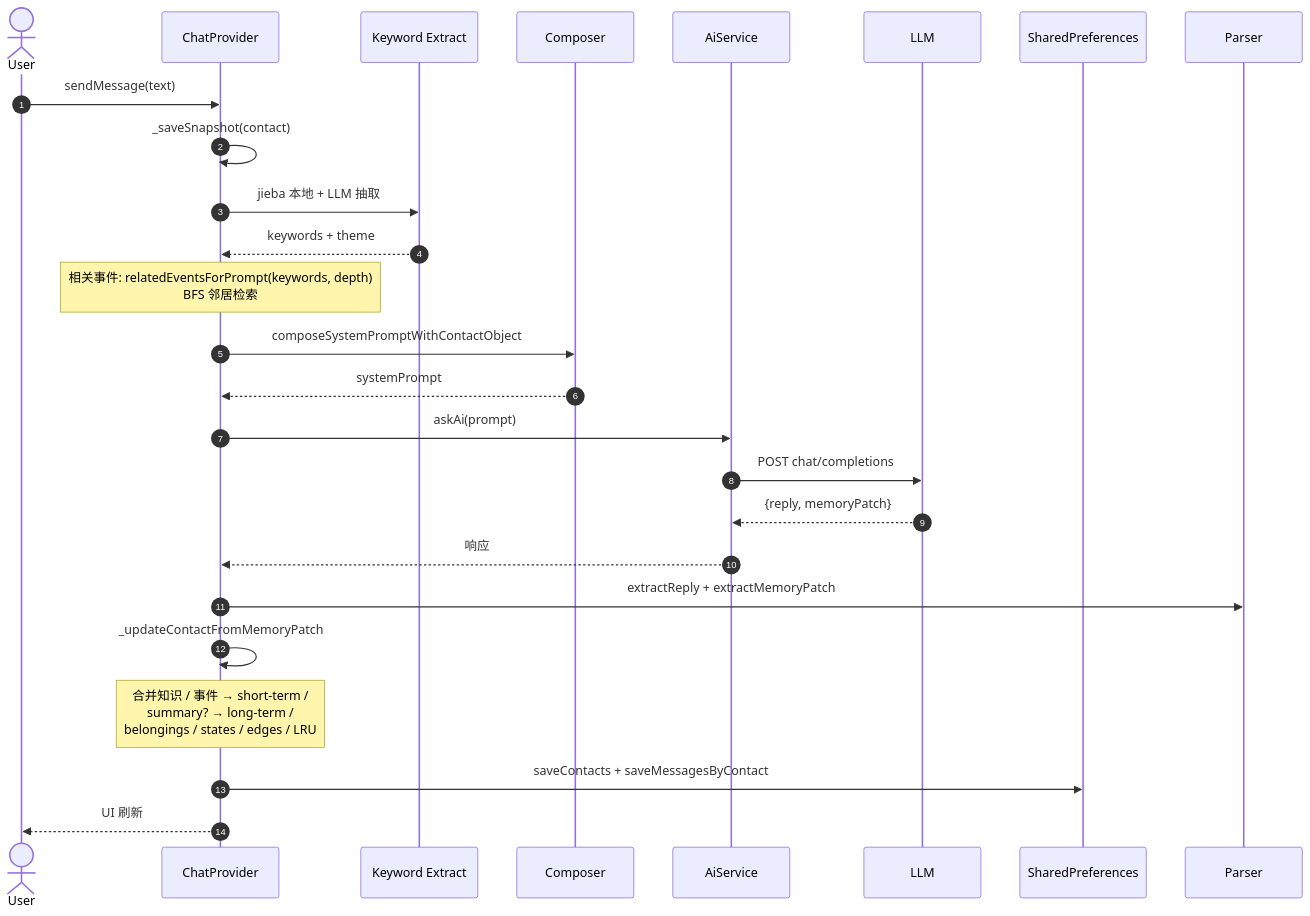
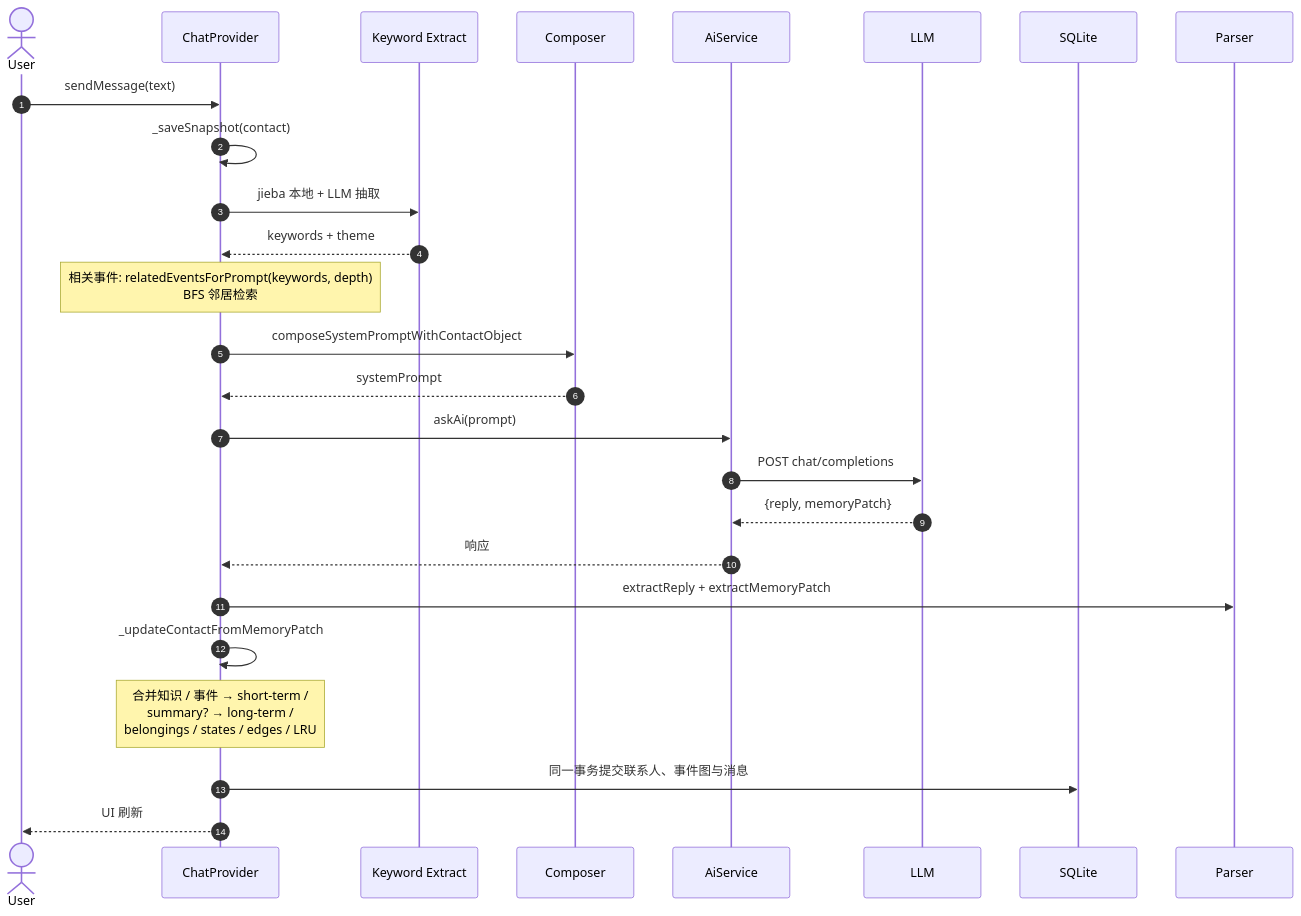
The first of 2 diagrams in README.md (shoelace66/-), drawn with Mermaid before and after one commit. The commit also changed other lines of this file and 105 other files, not shown here.

Commit message:
feat: complete v2.2.0 architecture and Android release

````diff
--- a/README.md
+++ b/README.md
@@ -65,29 +86,29 @@
 ```mermaid
 sequenceDiagram
     autonumber
     actor U as User
     participant CP as ChatProvider
     participant KW as Keyword Extract
     participant CO as Composer
     participant AS as AiService
     participant LL as LLM
-    participant SP as SharedPreferences
+    participant DB as SQLite
     participant PR as Parser
 
     U->>CP: sendMessage(text)
     CP->>CP: _saveSnapshot(contact)
     CP->>KW: jieba 本地 + LLM 抽取
     KW-->>CP: keywords + theme
     Note over CP: 相关事件: relatedEventsForPrompt(keywords, depth)<br/>BFS 邻居检索
     CP->>CO: composeSystemPromptWithContactObject
     CO-->>CP: systemPrompt
     CP->>AS: askAi(prompt)
     AS->>LL: POST chat/completions
     LL-->>AS: {reply, memoryPatch}
     AS-->>CP: 响应
     CP->>PR: extractReply + extractMemoryPatch
     CP->>CP: _updateContactFromMemoryPatch
     Note over CP: 合并知识 / 事件 → short-term /<br/>summary? → long-term /<br/>belongings / states / edges / LRU
-    CP->>SP: saveContacts + saveMessagesByContact
+    CP->>DB: 同一事务提交联系人、事件图与消息
     CP-->>U: UI 刷新
 ```
````
